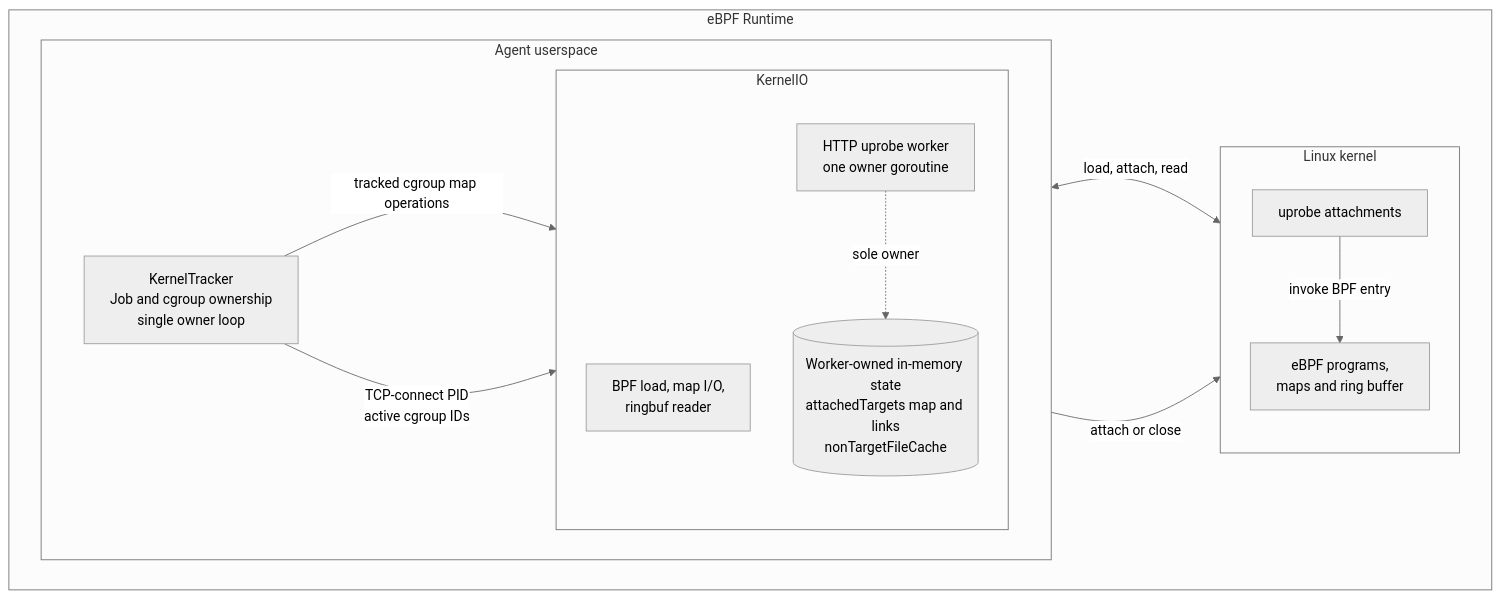
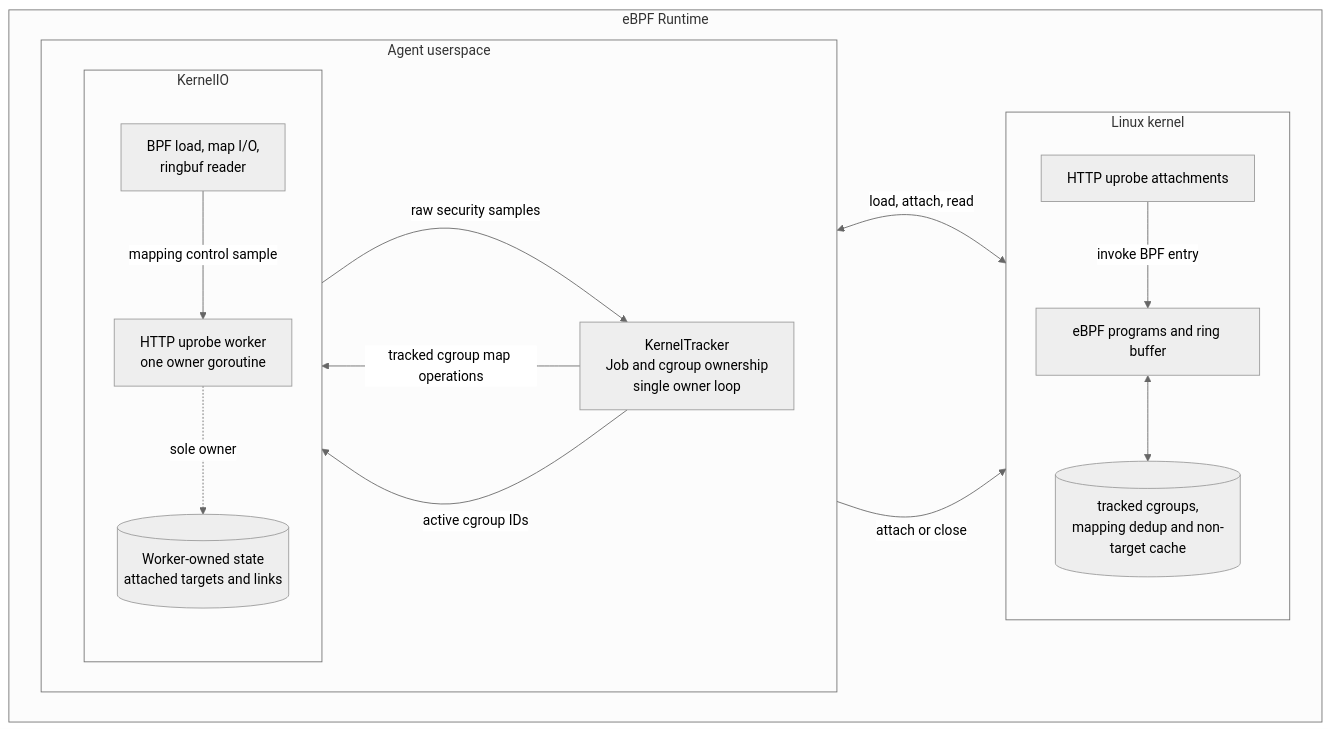
Before and after one commit to cicd-sensor/cicd-sensor: the first of 4 diagrams in docs/developer-guide/ebpf/http-uprobes.md, drawn with Mermaid (neutral theme). The commit also changed other lines of this file and 32 other files, not shown here.

````diff
--- a/docs/developer-guide/ebpf/http-uprobes.md
+++ b/docs/developer-guide/ebpf/http-uprobes.md
@@ -23,30 +23,34 @@
 ```mermaid
 flowchart LR
     subgraph ER["eBPF Runtime"]
         direction LR
         subgraph KR["Agent userspace"]
             direction LR
             KT["KernelTracker<br/>Job and cgroup ownership<br/>single owner loop"]
 
             subgraph KIO["KernelIO"]
                 direction TB
                 BIO["BPF load, map I/O,<br/>ringbuf reader"]
                 WORKER["HTTP uprobe worker<br/>one owner goroutine"]
-                STATE[("Worker-owned in-memory state<br/>attachedTargets map and links<br/>nonTargetFileCache")]
+                STATE[("Worker-owned state<br/>attached targets and links")]
                 WORKER -.->|"sole owner"| STATE
             end
         end
 
         subgraph KERNEL["Linux kernel"]
             direction TB
-            ATTACH["uprobe attachments"]
-            BPF["eBPF programs,<br/>maps and ring buffer"]
+            ATTACH["HTTP uprobe attachments"]
+            BPF["eBPF programs and ring buffer"]
+            CACHE[("tracked cgroups,<br/>mapping dedup and non-target cache")]
             ATTACH -->|"invoke BPF entry"| BPF
+            BPF <--> CACHE
         end
     end
 
     KT -->|"tracked cgroup map operations"| BIO
     BIO <-->|"load, attach, read"| BPF
-    KT -->|"TCP-connect PID<br/>active cgroup IDs"| WORKER
+    BIO -->|"mapping control sample"| WORKER
+    BIO -->|"raw security samples"| KT
+    KT -->|"active cgroup IDs"| WORKER
     WORKER -->|"attach or close"| ATTACH
 ```
````
